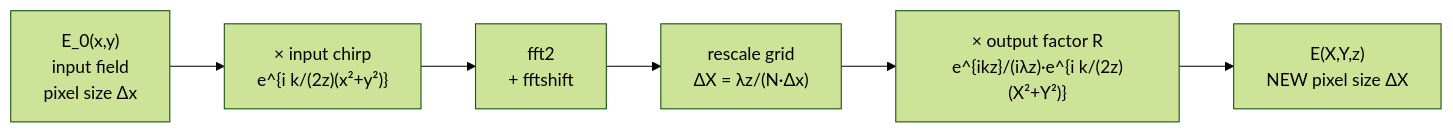
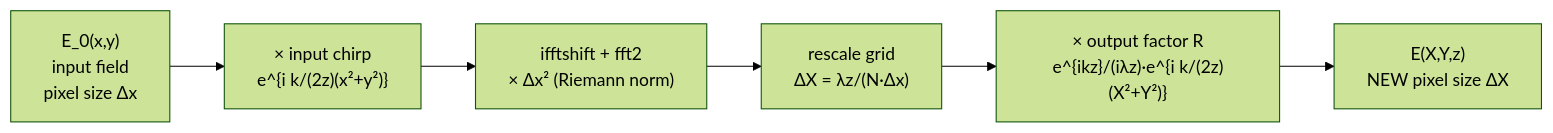
The second of 5 diagrams in PCI_Codebase/docs/propagators.md (wenfe/PCI_Codebase), drawn with Mermaid (forest theme) before and after one commit. The commit also changed other lines of this file and 36 other files, not shown here.

````diff
--- a/PCI_Codebase/docs/propagators.md
+++ b/PCI_Codebase/docs/propagators.md
@@ -195,8 +236,8 @@
 ```mermaid
 flowchart LR
     E0["E_0(x,y)\ninput field\npixel size Δx"] --> CHIRP["× input chirp\ne^{i k/(2z)(x²+y²)}"]
-    CHIRP --> FFT["fft2\n+ fftshift"]
+    CHIRP --> FFT["ifftshift + fft2\n× Δx² (Riemann norm)"]
     FFT --> SCALE["rescale grid\nΔX = λz/(N·Δx)"]
     SCALE --> ROUT["× output factor R\ne^{ikz}/(iλz)·e^{i k/(2z)(X²+Y²)}"]
     ROUT --> EZ["E(X,Y,z)\nNEW pixel size ΔX"]
 ```
````
